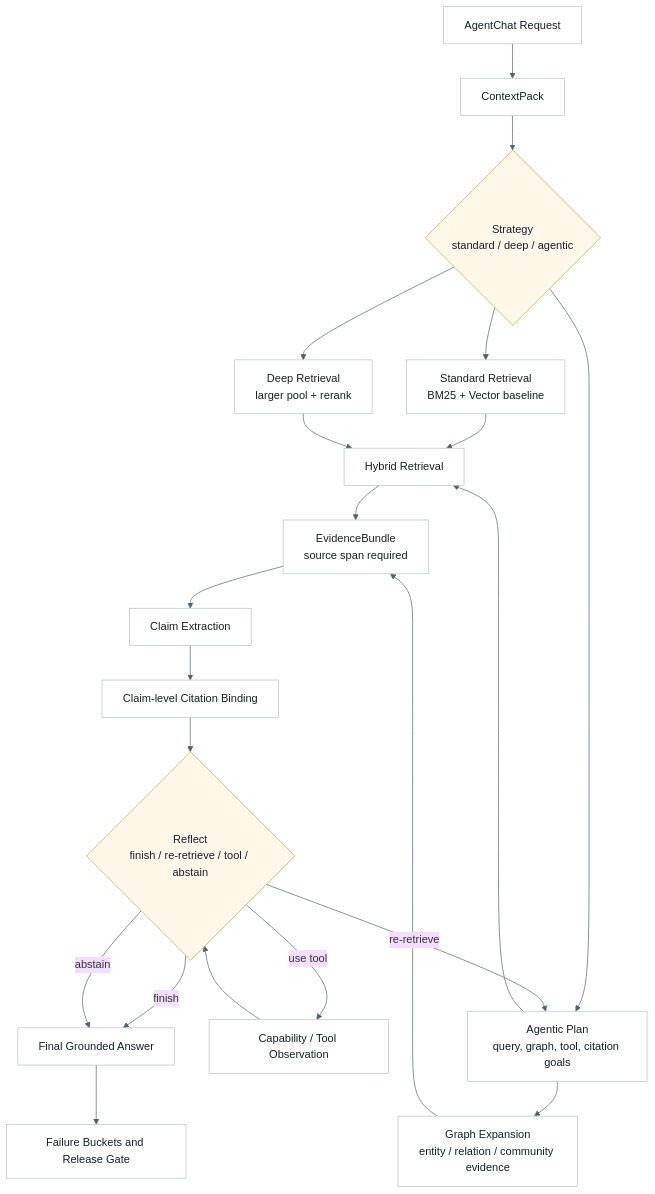
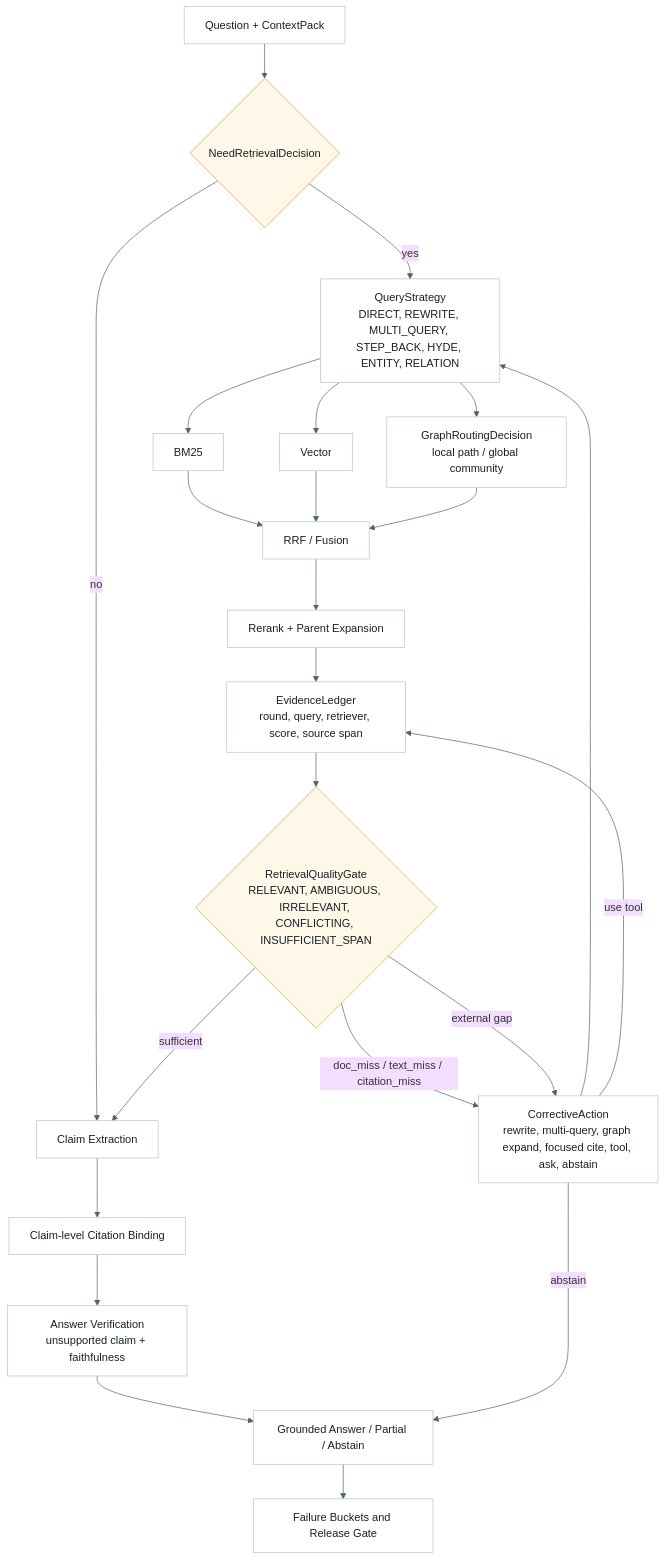
One commit to ProfessorZhi/Zuno changed the fourth of 16 diagrams in .agent/architecture/architecture.md. Above: the diagram before and after it, drawn with Mermaid. The commit also changed other lines of this file and 19 other files, not shown here.

Commit message:
Harden architecture contracts and offline atlas

````diff
--- a/.agent/architecture/architecture.md
+++ b/.agent/architecture/architecture.md
@@ -637,40 +667,40 @@
 ```mermaid
 %%{init: {"theme": "base", "themeVariables": {"background": "#f7f8fb", "lineColor": "#52616f"}}}%%
 flowchart TB
   classDef node fill:#ffffff,stroke:#b8c2cc,stroke-width:1px,color:#16202a;
   classDef decision fill:#fff8e8,stroke:#d2a44a,stroke-width:1px,color:#16202a;
   classDef gate fill:#eef6ff,stroke:#7aa2d8,stroke-width:1px,color:#16202a;
 
-  Request["AgentChat Request"]
-  Context["ContextPack"]
-  Strategy{"Strategy<br/>standard / deep / agentic"}
-  Standard["Standard Retrieval<br/>BM25 + Vector baseline"]
-  Deep["Deep Retrieval<br/>larger pool + rerank"]
-  Agentic["Agentic Plan<br/>query, graph, tool, citation goals"]
-  Hybrid["Hybrid Retrieval"]
-  Graph["Graph Expansion<br/>entity / relation / community evidence"]
-  Evidence["EvidenceBundle<br/>source span required"]
+  Question["Question + ContextPack"]
+  Need{"NeedRetrievalDecision"}
+  Query["QueryStrategy<br/>DIRECT, REWRITE, MULTI_QUERY, STEP_BACK, HYDE, ENTITY, RELATION"]
+  BM25["BM25"]
+  Vector["Vector"]
+  Graph["GraphRoutingDecision<br/>local path / global community"]
+  Fusion["RRF / Fusion"]
+  Rerank["Rerank + Parent Expansion"]
+  Ledger["EvidenceLedger<br/>round, query, retriever, score, source span"]
+  Quality{"RetrievalQualityGate<br/>RELEVANT, AMBIGUOUS, IRRELEVANT, CONFLICTING, INSUFFICIENT_SPAN"}
+  Correct["CorrectiveAction<br/>rewrite, multi-query, graph expand, focused cite, tool, ask, abstain"]
   Claim["Claim Extraction"]
   Bind["Claim-level Citation Binding"]
-  Reflect{"Reflect<br/>finish / re-retrieve / tool / abstain"}
-  Tool["Capability / Tool Observation"]
-  Final["Final Grounded Answer"]
+  Verify["Answer Verification<br/>unsupported claim + faithfulness"]
+  Final["Grounded Answer / Partial / Abstain"]
   Eval["Failure Buckets and Release Gate"]
 
-  Request --> Context --> Strategy
-  Strategy --> Standard --> Hybrid
-  Strategy --> Deep --> Hybrid
-  Strategy --> Agentic --> Hybrid
-  Agentic --> Graph
-  Hybrid --> Evidence
-  Graph --> Evidence
-  Evidence --> Claim --> Bind --> Reflect
-  Reflect -->|finish| Final
-  Reflect -->|re-retrieve| Agentic
-  Reflect -->|use tool| Tool --> Reflect
-  Reflect -->|abstain| Final
-  Final --> Eval
+  Question --> Need
+  Need -->|yes| Query
+  Need -->|no| Claim
+  Query --> BM25 --> Fusion
+  Query --> Vector --> Fusion
+  Query --> Graph --> Fusion
+  Fusion --> Rerank --> Ledger --> Quality
+  Quality -->|sufficient| Claim --> Bind --> Verify --> Final --> Eval
+  Quality -->|doc_miss / text_miss / citation_miss| Correct --> Query
+  Quality -->|external gap| Correct
+  Correct -->|use tool| Ledger
+  Correct -->|abstain| Final
 
-  class Request,Context,Standard,Deep,Agentic,Hybrid,Graph,Evidence,Claim,Bind,Tool,Final,Eval node;
-  class Strategy,Reflect decision;
+  class Question,Query,BM25,Vector,Graph,Fusion,Rerank,Ledger,Correct,Claim,Bind,Verify,Final,Eval node;
+  class Need,Quality decision;
 ```
````
